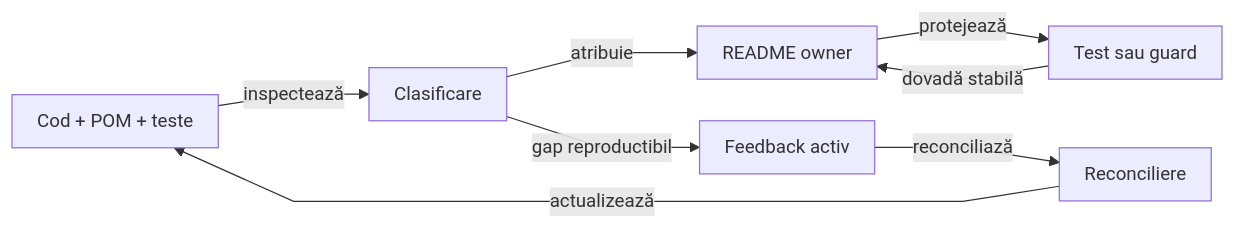
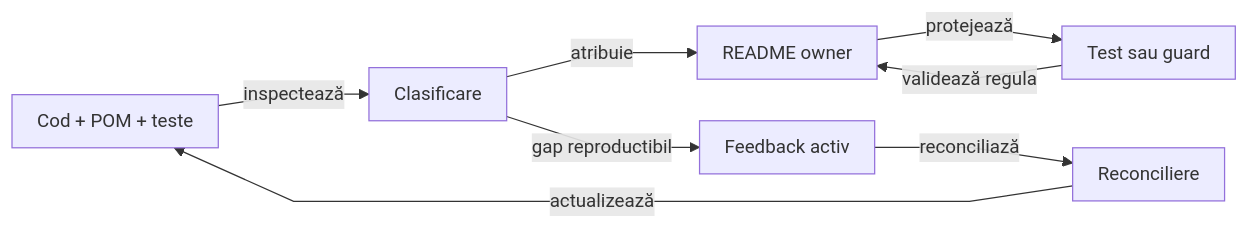
Before and after one commit to crististefanita/atf_j0: the diagram in docs/README_Atf_DocumentationBestPractices.md, drawn with Mermaid. The commit also changed other lines of this file and 13 other files, not shown here.

````diff
--- a/docs/README_Atf_DocumentationBestPractices.md
+++ b/docs/README_Atf_DocumentationBestPractices.md
@@ -80,17 +80,17 @@
 ```mermaid
 %%{init: {"themeVariables":{"fontSize":"15px"},"themeCSS":".nodeLabel, .nodeLabel p { font-size: 15px !important; line-height: 1.35 !important; } .edgeLabel, .edgeLabel p { font-size: 12px !important; font-weight: 400 !important; line-height: 1.2 !important; } .edgeLabel .labelBkg, .edgeLabel p { background: transparent !important; } .edgeLabel foreignObject { transform: translateY(-28px); overflow: visible; } .node rect { rx: 6px; ry: 6px; } .edgeLabel [data-id=\"L_Gate_Owner_0\"] foreignObject { transform: translate(0px, -18px); }","flowchart":{"curve":"linear","nodeSpacing":24,"rankSpacing":40,"padding":10,"diagramPadding":24}}}%%
 flowchart LR
     Live[Cod + POM + teste]
     Classify[Clasificare]
     Owner[README owner]
     Gate[Test sau guard]
     Feedback[Feedback activ]
     Reconcile[Reconciliere]
     Live -->|inspectează| Classify
     Classify -->|atribuie| Owner
     Owner -->|protejează| Gate
-    Gate -->|dovadă stabilă| Owner
+    Gate -->|validează regula| Owner
     Classify -->|gap reproductibil| Feedback
     Feedback -->|reconciliază| Reconcile
     Reconcile -->|actualizează| Live
 ```
````
